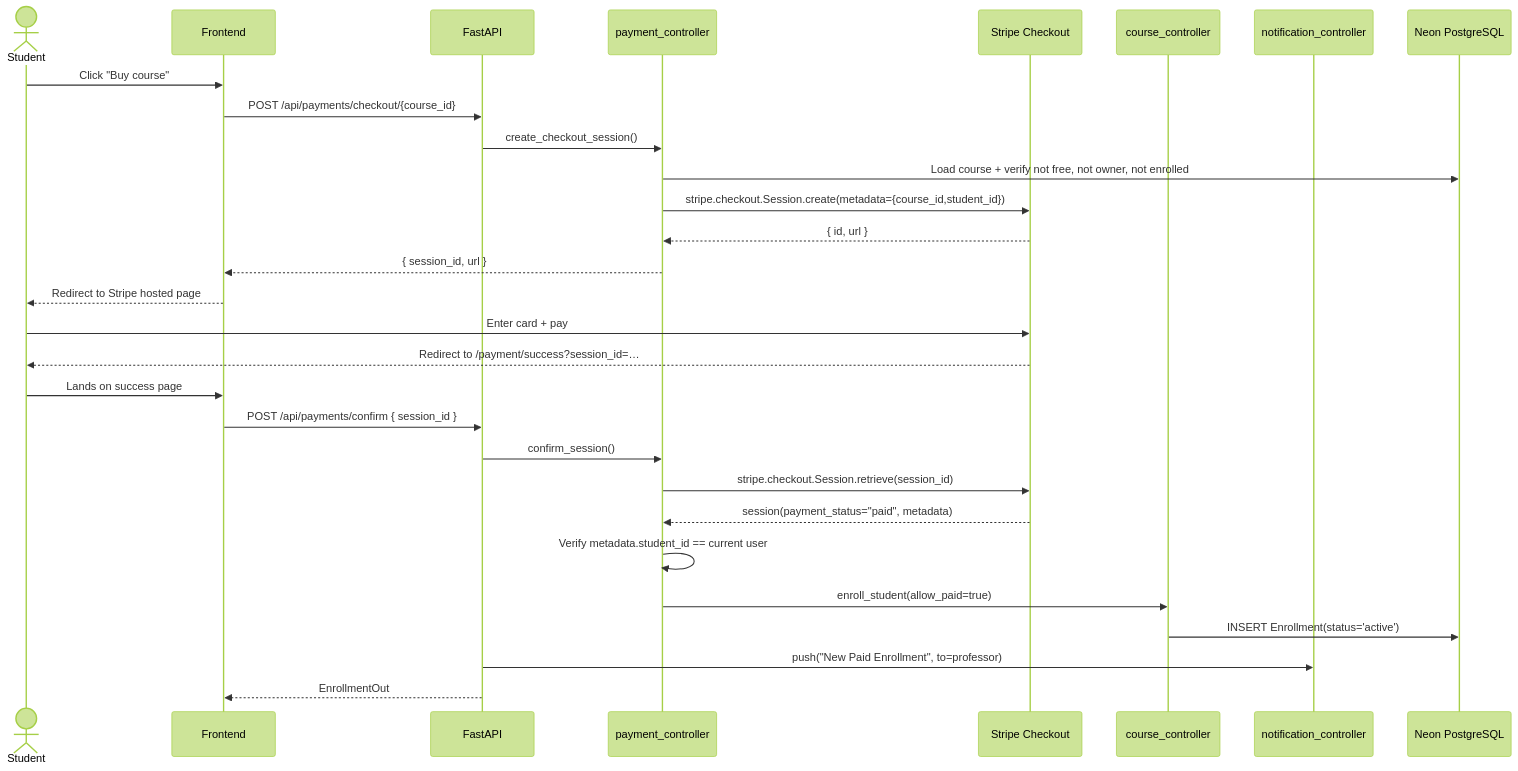
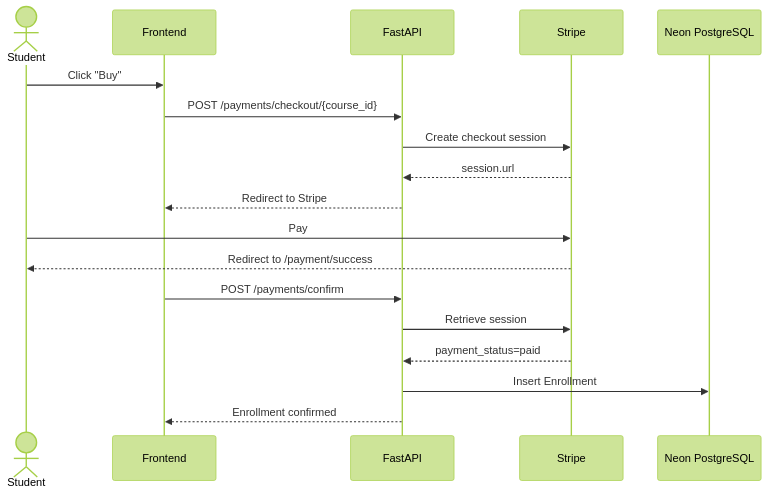
The third of 4 diagrams in docs/sprints/SPRINT_6.md (yazidha09/Hub4Learners), drawn with Mermaid (forest theme) before and after one commit. The commit also changed other lines of this file and 14 other files, not shown here.

````diff
--- a/docs/sprints/SPRINT_6.md
+++ b/docs/sprints/SPRINT_6.md
@@ -143,33 +109,23 @@
 ```mermaid
 sequenceDiagram
     actor Student
     participant Frontend
-    participant FastAPI
-    participant PayCtrl as payment_controller
-    participant Stripe as Stripe Checkout
-    participant CourseCtrl as course_controller
-    participant Notif as notification_controller
+    participant API as FastAPI
+    participant Stripe
     participant DB as Neon PostgreSQL
 
-    Student->>Frontend: Click "Buy course"
-    Frontend->>FastAPI: POST /api/payments/checkout/{course_id}
-    FastAPI->>PayCtrl: create_checkout_session()
-    PayCtrl->>DB: Load course + verify not free, not owner, not enrolled
-    PayCtrl->>Stripe: stripe.checkout.Session.create(metadata={course_id,student_id})
-    Stripe-->>PayCtrl: { id, url }
-    PayCtrl-->>Frontend: { session_id, url }
-    Frontend-->>Student: Redirect to Stripe hosted page
+    Student->>Frontend: Click "Buy"
+    Frontend->>API: POST /payments/checkout/{course_id}
+    API->>Stripe: Create checkout session
+    Stripe-->>API: session.url
+    API-->>Frontend: Redirect to Stripe
 
-    Student->>Stripe: Enter card + pay
-    Stripe-->>Student: Redirect to /payment/success?session_id=…
-    Student->>Frontend: Lands on success page
-    Frontend->>FastAPI: POST /api/payments/confirm { session_id }
-    FastAPI->>PayCtrl: confirm_session()
-    PayCtrl->>Stripe: stripe.checkout.Session.retrieve(session_id)
-    Stripe-->>PayCtrl: session(payment_status="paid", metadata)
-    PayCtrl->>PayCtrl: Verify metadata.student_id == current user
-    PayCtrl->>CourseCtrl: enroll_student(allow_paid=true)
-    CourseCtrl->>DB: INSERT Enrollment(status='active')
-    FastAPI->>Notif: push("New Paid Enrollment", to=professor)
-    FastAPI-->>Frontend: EnrollmentOut
+    Student->>Stripe: Pay
+    Stripe-->>Student: Redirect to /payment/success
+
+    Frontend->>API: POST /payments/confirm
+    API->>Stripe: Retrieve session
+    Stripe-->>API: payment_status=paid
+    API->>DB: Insert Enrollment
+    API-->>Frontend: Enrollment confirmed
 ```
````
